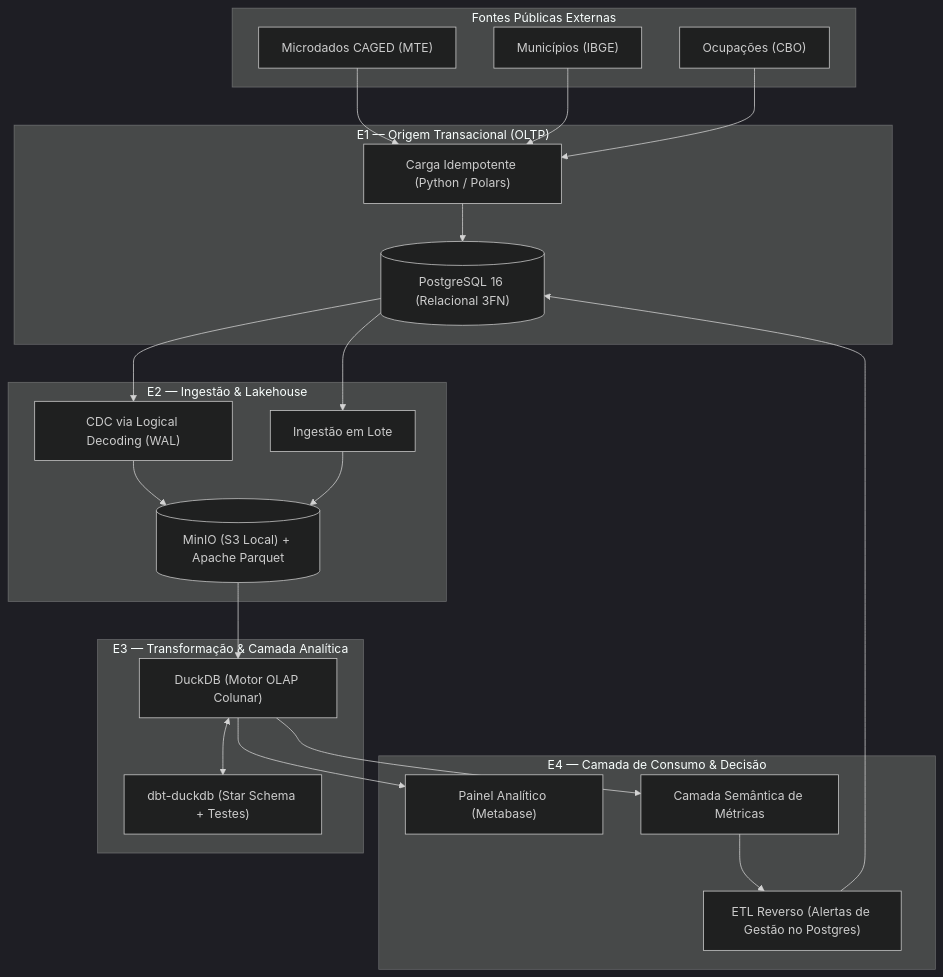
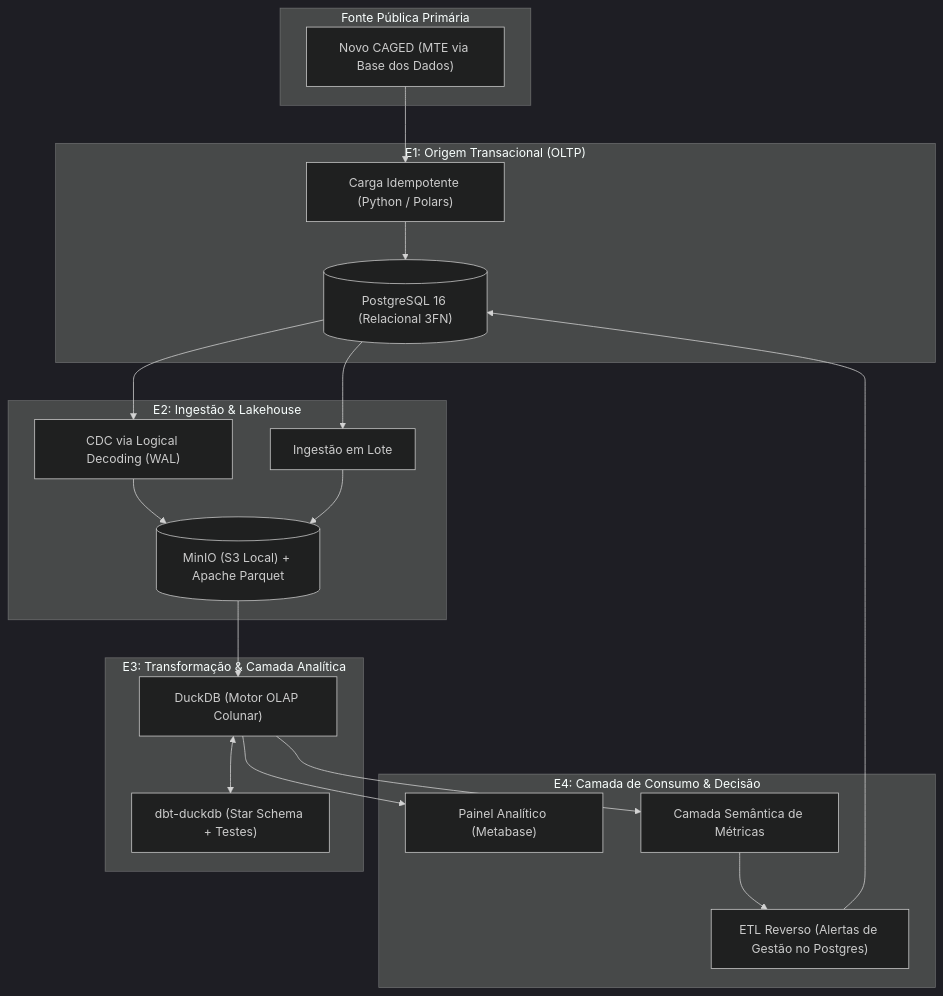
The diagram in docs/arquitetura.md (unb-bd2-2026-2-grupo-4/ProjetoIntegrado), drawn with Mermaid (dark theme) before and after one commit. The commit also changed other lines of this file and 9 other files, not shown here.

````diff
--- a/docs/arquitetura.md
+++ b/docs/arquitetura.md
@@ -9,36 +9,34 @@
 ```mermaid
 flowchart TD
-    subgraph S0["Fontes Públicas Externas"]
-        A1["Microdados CAGED (MTE)"]
-        A2["Municípios (IBGE)"]
-        A3["Ocupações (CBO)"]
+    subgraph S0["Fonte Pública Primária"]
+        A1["Novo CAGED (MTE via Base dos Dados)"]
     end
 
-    subgraph S1["E1 — Origem Transacional (OLTP)"]
+    subgraph S1["E1: Origem Transacional (OLTP)"]
         B1["Carga Idempotente (Python / Polars)"]
         B2[("PostgreSQL 16 (Relacional 3FN)")]
     end
 
-    subgraph S2["E2 — Ingestão & Lakehouse"]
+    subgraph S2["E2: Ingestão & Lakehouse"]
         C1["CDC via Logical Decoding (WAL)"]
         C2["Ingestão em Lote"]
         C3[("MinIO (S3 Local) + Apache Parquet")]
     end
 
-    subgraph S3["E3 — Transformação & Camada Analítica"]
+    subgraph S3["E3: Transformação & Camada Analítica"]
         D1["DuckDB (Motor OLAP Colunar)"]
         D2["dbt-duckdb (Star Schema + Testes)"]
     end
 
-    subgraph S4["E4 — Camada de Consumo & Decisão"]
+    subgraph S4["E4: Camada de Consumo & Decisão"]
         E1["Painel Analítico (Metabase)"]
         E2["Camada Semântica de Métricas"]
         E3["ETL Reverso (Alertas de Gestão no Postgres)"]
     end
 
-    A1 & A2 & A3 --> B1 --> B2
+    A1 --> B1 --> B2
     B2 --> C1 & C2 --> C3
     C3 --> D1 <--> D2
     D1 --> E1 & E2
     E2 --> E3 --> B2
 ```
````
